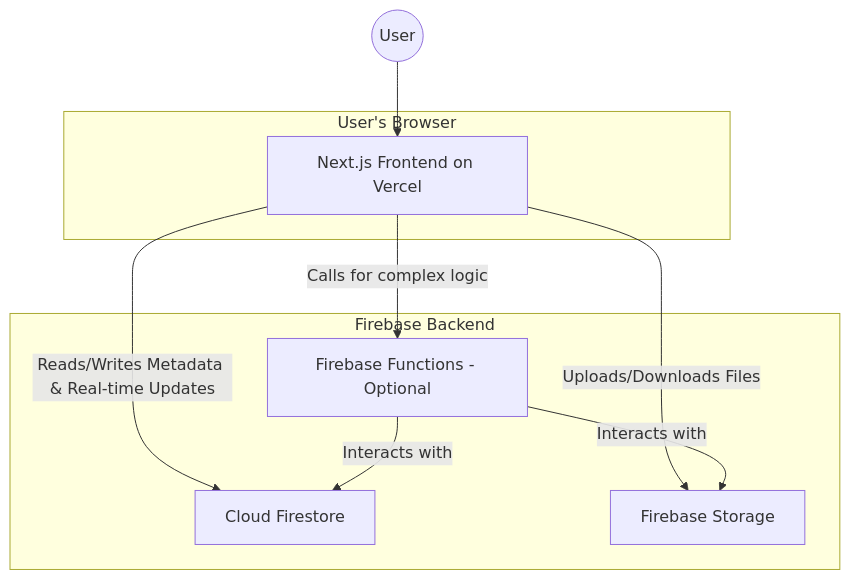
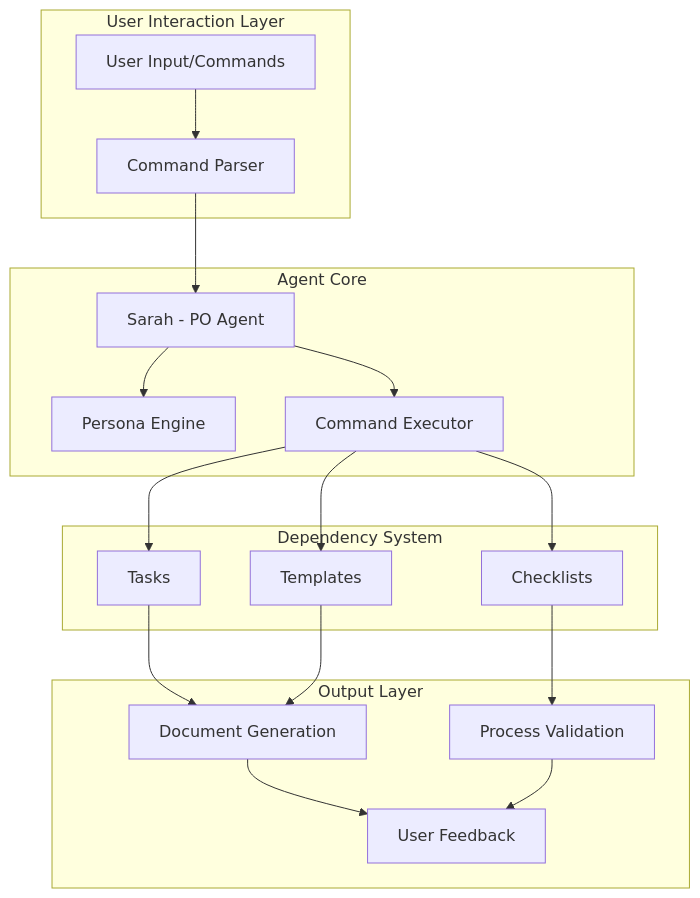
One commit to NguyenHuynhPhuVinh/Floro changed the diagram in docs/architecture.md. Above: the diagram before and after it, drawn with Mermaid. The commit also changed other lines of this file and 9 other files, not shown here.

First line of the commit message:
docs: add agent system architecture document

````diff
--- a/docs/architecture.md
+++ b/docs/architecture.md
@@ -46,19 +61,38 @@
 ```mermaid
 graph TD
-    subgraph "User's Browser"
-        A[Next.js Frontend on Vercel]
+    subgraph "User Interaction Layer"
+        A[User Input/Commands]
+        B[Command Parser]
     end
 
-    subgraph "Firebase Backend"
-        B[Cloud Firestore]
-        C[Firebase Storage]
-        D[Firebase Functions - Optional]
+    subgraph "Agent Core"
+        C[Sarah - PO Agent]
+        D[Persona Engine]
+        E[Command Executor]
     end
 
-    E((User)) --> A
-    A -- Reads/Writes Metadata & Real-time Updates --> B
-    A -- Uploads/Downloads Files --> C
-    A -- Calls for complex logic --> D
-    D -- Interacts with --> B
-    D -- Interacts with --> C
+    subgraph "Dependency System"
+        F[Tasks]
+        G[Templates]
+        H[Checklists]
+    end
+
+    subgraph "Output Layer"
+        I[Document Generation]
+        J[Process Validation]
+        K[User Feedback]
+    end
+
+    A --> B
+    B --> C
+    C --> D
+    C --> E
+    E --> F
+    E --> G
+    E --> H
+    F --> I
+    G --> I
+    H --> J
+    I --> K
+    J --> K
 ```
````
